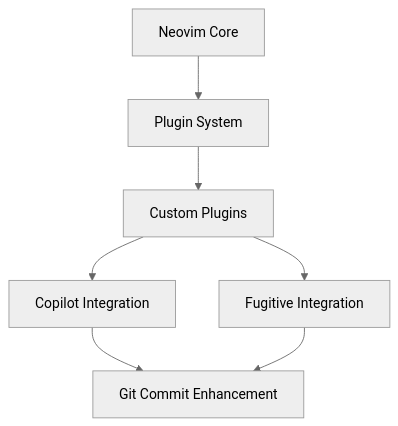
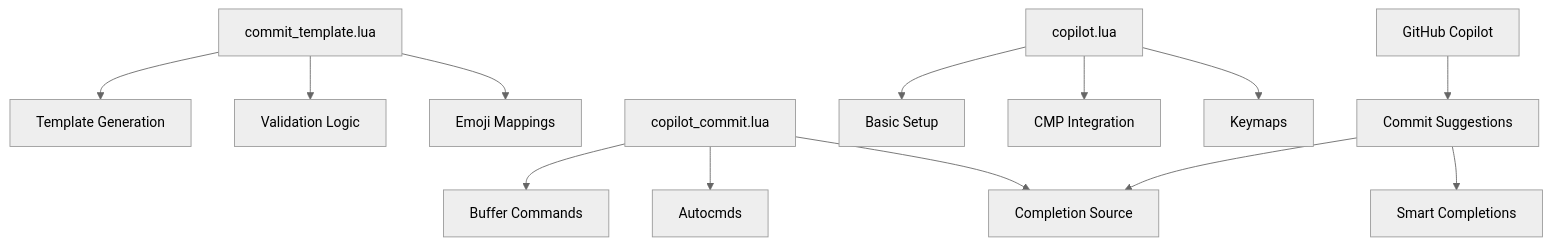
One commit to julianobarbosa/nvim changed the diagram in memory-bank/systemPatterns.md. Above: the diagram before and after it, drawn with Mermaid (neutral theme). The commit also changed other lines of this file and 56 other files, not shown here.

````diff
--- a/memory-bank/systemPatterns.md
+++ b/memory-bank/systemPatterns.md
@@ -4,9 +6,18 @@
 ```mermaid
 flowchart TD
-    A[Neovim Core] --> B[Plugin System]
-    B --> C[Custom Plugins]
-    C --> D[Copilot Integration]
-    C --> E[Fugitive Integration]
-    D --> F[Git Commit Enhancement]
-    E --> F
+    A[commit_template.lua] --> B[Template Generation]
+    A --> C[Validation Logic]
+    A --> D[Emoji Mappings]
+    
+    E[copilot_commit.lua] --> F[Autocmds]
+    E --> G[Completion Source]
+    E --> H[Buffer Commands]
+    
+    I[copilot.lua] --> J[Basic Setup]
+    I --> K[CMP Integration]
+    I --> L[Keymaps]
+
+    M[GitHub Copilot] --> N[Commit Suggestions]
+    N --> G
+    N --> O[Smart Completions]
 ```
````
